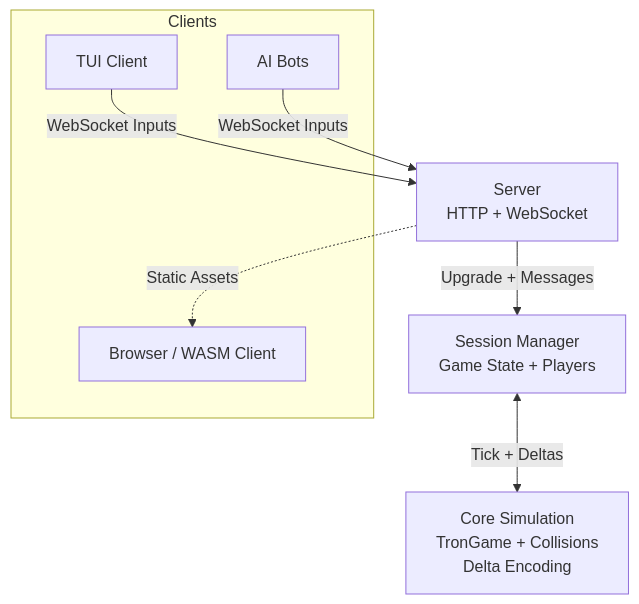
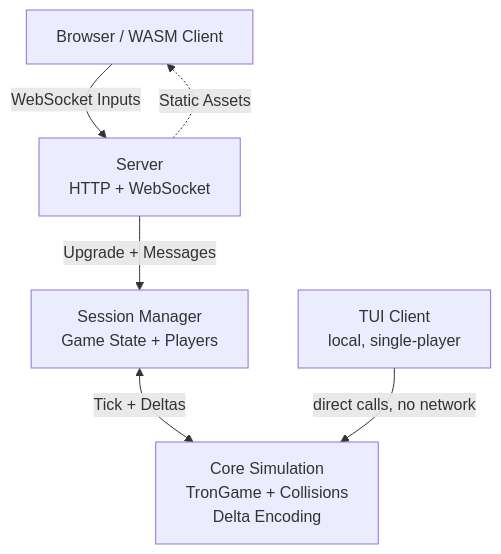
One commit to ree-see/snake changed the diagram in README.md. Above: the diagram before and after it, drawn with Mermaid. The commit also changed other lines of this file, not shown here.

````diff
--- a/README.md
+++ b/README.md
@@ -38,18 +37,15 @@
 ```mermaid
 flowchart TD
-    subgraph Clients
-        TUI[TUI Client]
-        Browser[Browser / WASM Client]
-        Bot[AI Bots]
-    end
+    TUI[TUI Client<br/>local, single-player]
+    Browser[Browser / WASM Client]
 
     Server[Server<br/>HTTP + WebSocket]
     Session[Session Manager<br/>Game State + Players]
     Core[Core Simulation<br/>TronGame + Collisions<br/>Delta Encoding]
 
-    TUI -->|WebSocket Inputs| Server
-    Bot -->|WebSocket Inputs| Server
+    Browser -->|WebSocket Inputs| Server
     Server -->|Upgrade + Messages| Session
     Session <-->|Tick + Deltas| Core
     Server -.->|Static Assets| Browser
+    TUI -->|direct calls, no network| Core
 ```
````
